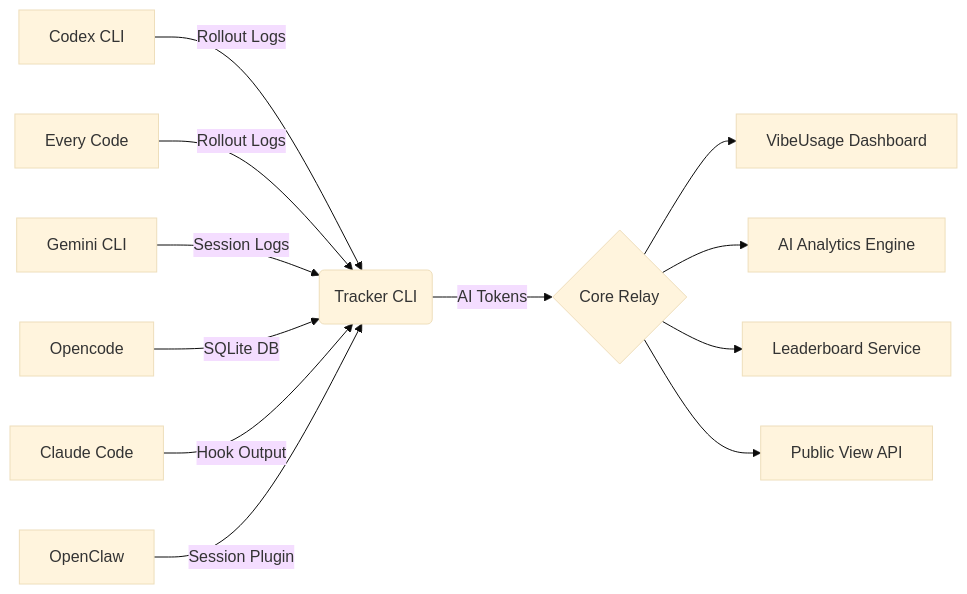
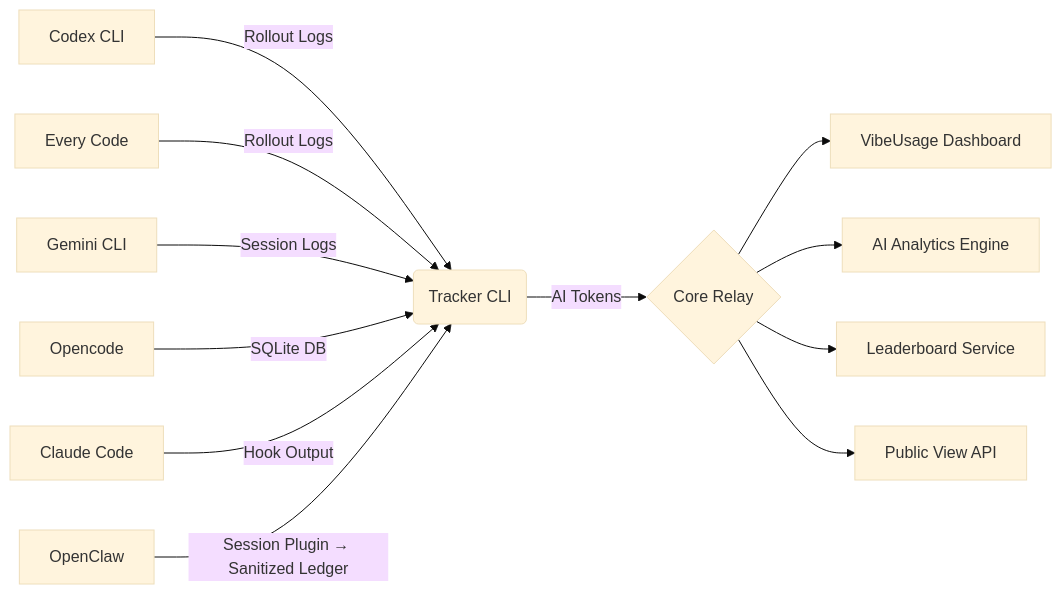
One commit to Acacia-Ma/vibeusage changed the diagram in README.md. Above: the diagram before and after it, drawn with Mermaid (base theme). The commit also changed other lines of this file and 28 other files, not shown here.

First line of the commit message:
refactor: replace OpenClaw accounting ingress with sanitized ledger SSOT (#127)

````diff
--- a/README.md
+++ b/README.md
@@ -205,14 +205,14 @@
 ```mermaid
 graph LR
     A[Codex CLI] -->|Rollout Logs| G(Tracker CLI)
     B[Every Code] -->|Rollout Logs| G
     C[Gemini CLI] -->|Session Logs| G
     D[Opencode] -->|SQLite DB| G
     E[Claude Code] -->|Hook Output| G
-    F[OpenClaw] -->|Session Plugin| G
+    F[OpenClaw] -->|Session Plugin → Sanitized Ledger| G
     G -->|AI Tokens| H{Core Relay}
     H --> I[VibeUsage Dashboard]
     H --> J[AI Analytics Engine]
     H --> K[Leaderboard Service]
     H --> L[Public View API]
 ```
````
